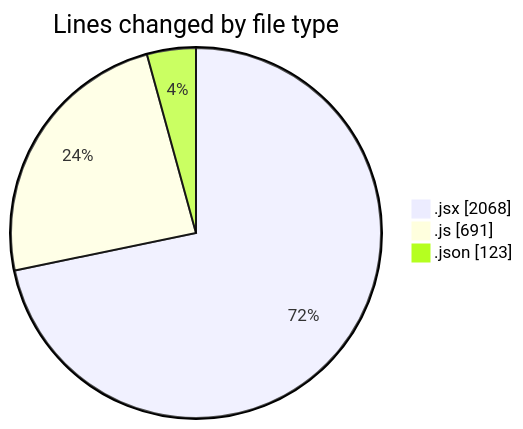
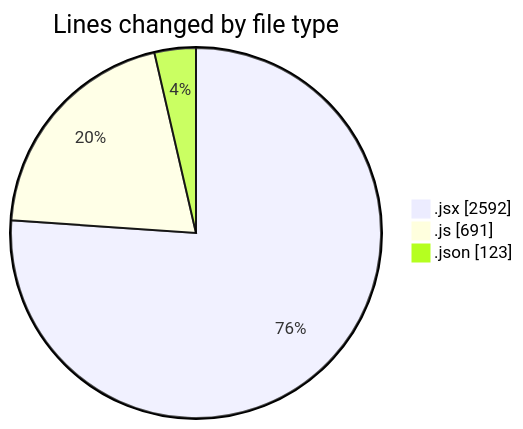
One commit to nxtqubesakshisongat/code-tracking changed the first of 2 diagrams in 2025-12-28/nxtqube_webapp/README.md. Above: the diagram before and after it, drawn with Mermaid. The commit also changed other lines of this file and 1 other file, not shown here.

````diff
--- a/2025-12-28/nxtqube_webapp/README.md
+++ b/2025-12-28/nxtqube_webapp/README.md
@@ -24,7 +25,7 @@
 ```mermaid
 pie showData
 title Lines changed by file type
-".jsx" : 2068
+".jsx" : 2592
 ".js" : 691
 ".json" : 123
 ```
````
